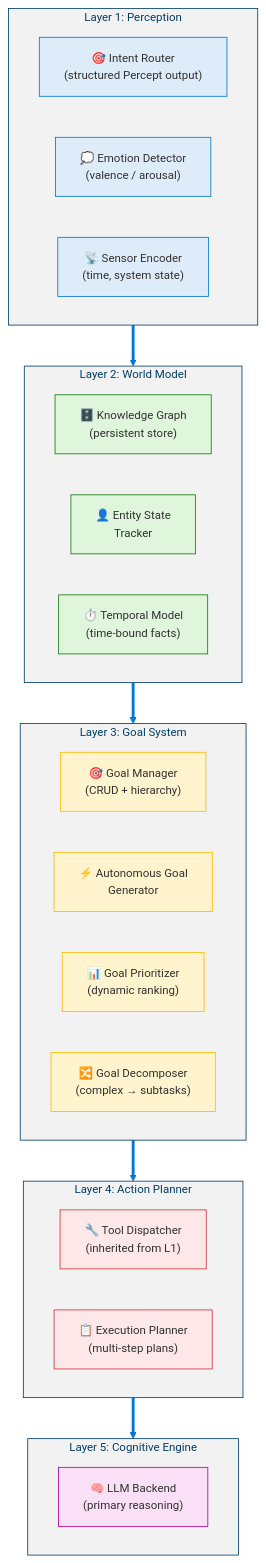
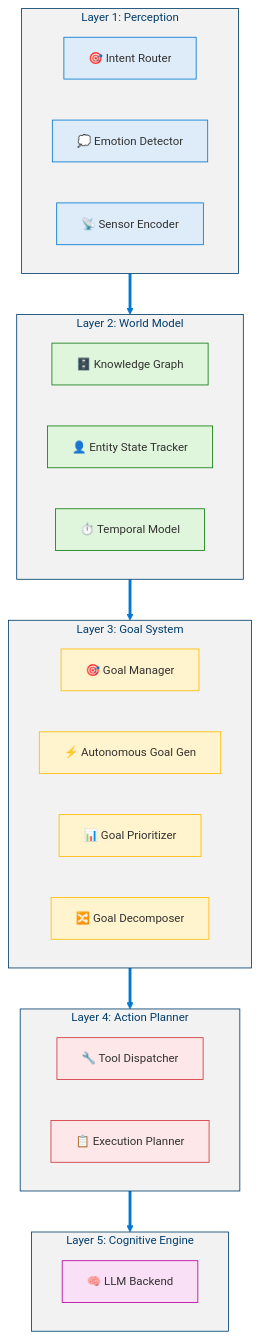
Before and after one commit to dotnetpower/mscp: the first of 8 diagrams in docs/levels/Level_2_Autonomous_Agent.md, drawn with Mermaid. The commit also changed other lines of this file and 10 other files, not shown here.

````diff
--- a/docs/levels/Level_2_Autonomous_Agent.md
+++ b/docs/levels/Level_2_Autonomous_Agent.md
@@ -111,47 +111,52 @@
 ```mermaid
 %%{init: {'theme': 'base', 'themeVariables': {'primaryColor': '#0078D4', 'primaryTextColor': '#003D6B', 'primaryBorderColor': '#003D6B', 'secondaryColor': '#50E6FF', 'secondaryTextColor': '#323130', 'secondaryBorderColor': '#00BCF2', 'tertiaryColor': '#F2F2F2', 'tertiaryTextColor': '#323130', 'lineColor': '#0078D4', 'textColor': '#323130', 'mainBkg': '#DEECF9', 'nodeBorder': '#0078D4', 'clusterBkg': '#F2F2F2', 'clusterBorder': '#003D6B', 'titleColor': '#003D6B', 'edgeLabelBackground': '#FFFFFF', 'fontSize': '14px'}}}%%
 flowchart TD
   classDef perception fill:#0078D4,stroke:#003D6B,color:#FFF
   classDef perceptionLight fill:#DEECF9,stroke:#0078D4,color:#323130
   classDef world fill:#107C10,stroke:#085108,color:#FFF
   classDef worldLight fill:#DFF6DD,stroke:#107C10,color:#323130
   classDef goal fill:#FFB900,stroke:#CC9400,color:#323130
   classDef goalLight fill:#FFF4CE,stroke:#FFB900,color:#323130
   classDef action fill:#D13438,stroke:#A4262C,color:#FFF
   classDef actionLight fill:#FDE7E9,stroke:#D13438,color:#323130
   classDef cognitive fill:#B4009E,stroke:#8A0076,color:#FFF
   classDef cognitiveLight fill:#F9E0F7,stroke:#B4009E,color:#323130
 
   subgraph PL["Layer 1: Perception"]
-    IR["🎯 Intent Router<br/>(structured Percept output)"]:::perceptionLight
-    ED["💭 Emotion Detector<br/>(valence / arousal)"]:::perceptionLight
-    SE["📡 Sensor Encoder<br/>(time, system state)"]:::perceptionLight
+    direction LR
+    IR["🎯 Intent Router"]:::perceptionLight
+    ED["💭 Emotion Detector"]:::perceptionLight
+    SE["📡 Sensor Encoder"]:::perceptionLight
   end
 
   subgraph WM["Layer 2: World Model"]
-    KG["🗄️ Knowledge Graph<br/>(persistent store)"]:::worldLight
-    ES["👤 Entity State<br/>Tracker"]:::worldLight
-    TM["⏱️ Temporal Model<br/>(time-bound facts)"]:::worldLight
+    direction LR
+    KG["🗄️ Knowledge Graph"]:::worldLight
+    ES["👤 Entity State Tracker"]:::worldLight
+    TM["⏱️ Temporal Model"]:::worldLight
   end
 
   subgraph GS["Layer 3: Goal System"]
-    GM["🎯 Goal Manager<br/>(CRUD + hierarchy)"]:::goalLight
-    AGG["⚡ Autonomous Goal<br/>Generator"]:::goalLight
-    GP["📊 Goal Prioritizer<br/>(dynamic ranking)"]:::goalLight
-    GD["🔀 Goal Decomposer<br/>(complex → subtasks)"]:::goalLight
+    direction LR
+    GM["🎯 Goal Manager"]:::goalLight
+    AGG["⚡ Autonomous Goal Gen"]:::goalLight
+    GP["📊 Goal Prioritizer"]:::goalLight
+    GD["🔀 Goal Decomposer"]:::goalLight
   end
 
   subgraph AP["Layer 4: Action Planner"]
-    TD["🔧 Tool Dispatcher<br/>(inherited from L1)"]:::actionLight
-    EP["📋 Execution Planner<br/>(multi-step plans)"]:::actionLight
+    direction LR
+    TD["🔧 Tool Dispatcher"]:::actionLight
+    EP["📋 Execution Planner"]:::actionLight
   end
 
   subgraph CE["Layer 5: Cognitive Engine"]
-    LLM["🧠 LLM Backend<br/>(primary reasoning)"]:::cognitiveLight
+    direction LR
+    LLM["🧠 LLM Backend"]:::cognitiveLight
   end
 
   PL ==> WM
   WM ==> GS
   GS ==> AP
   AP ==> CE
 ```
````
